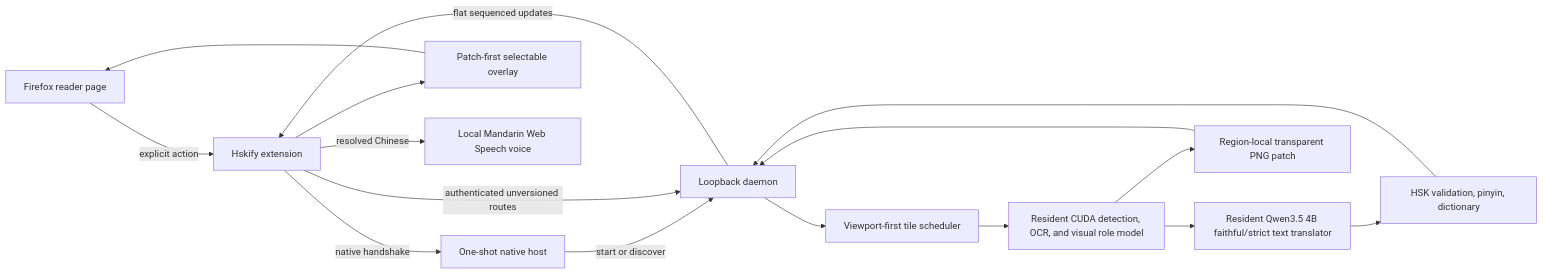
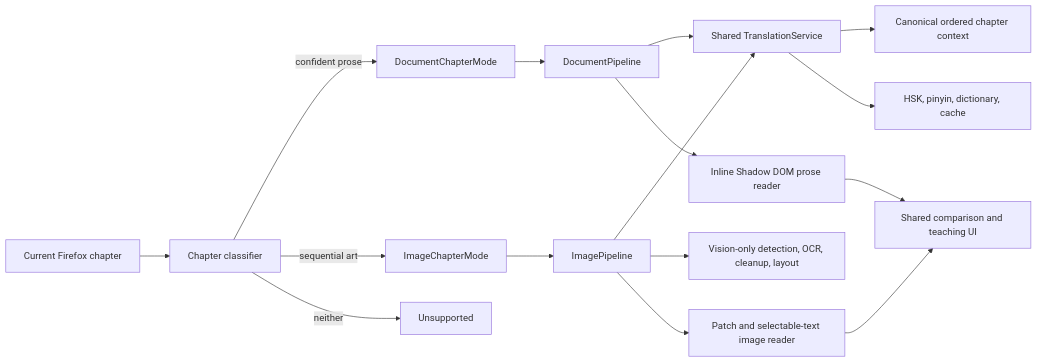
The diagram in docs/architecture.md (jzheng2017/hskify), drawn with Mermaid before and after one commit. The commit also changed other lines of this file and 173 other files, not shown here.

````diff
--- a/docs/architecture.md
+++ b/docs/architecture.md
@@ -10,27 +11,20 @@
 ```mermaid
 flowchart LR
-    Reader["Firefox reader page"]
-    Extension["Hskify extension"]
-    Host["One-shot native host"]
-    Daemon["Loopback daemon"]
-    Scheduler["Viewport-first tile scheduler"]
-    Vision["Resident CUDA detection, OCR, and visual role model"]
-    Translator["Resident Qwen3.5 4B faithful/strict text translator"]
-    Control["HSK validation, pinyin, dictionary"]
-    Patch["Region-local transparent PNG patch"]
-    Overlay["Patch-first selectable overlay"]
-    Speech["Local Mandarin Web Speech voice"]
+    Page["Current Firefox chapter"] --> Classifier["Chapter classifier"]
+    Classifier -->|"confident prose"| DocumentMode["DocumentChapterMode"]
+    Classifier -->|"sequential art"| ImageMode["ImageChapterMode"]
+    Classifier -->|"neither"| Unsupported["Unsupported"]
 
-    Reader -->|"explicit action"| Extension
-    Extension -->|"native handshake"| Host
-    Host -->|"start or discover"| Daemon
-    Extension -->|"authenticated unversioned routes"| Daemon
-    Daemon --> Scheduler --> Vision
-    Vision --> Patch
-    Vision --> Translator --> Control
-    Patch --> Daemon
-    Control --> Daemon
-    Daemon -->|"flat sequenced updates"| Extension
-    Extension --> Overlay --> Reader
-    Extension -->|"resolved Chinese"| Speech
+    DocumentMode --> DocumentPipeline["DocumentPipeline"]
+    ImageMode --> ImagePipeline["ImagePipeline"]
+    DocumentPipeline --> Language["Shared TranslationService"]
+    ImagePipeline --> Language
+    ImagePipeline --> Vision["Vision-only detection, OCR, cleanup, layout"]
+    Language --> Context["Canonical ordered chapter context"]
+    Language --> Control["HSK, pinyin, dictionary, cache"]
+
+    DocumentPipeline --> DocumentReader["Inline Shadow DOM prose reader"]
+    ImagePipeline --> ImageReader["Patch and selectable-text image reader"]
+    DocumentReader --> CommonUI["Shared comparison and teaching UI"]
+    ImageReader --> CommonUI
 ```
````
